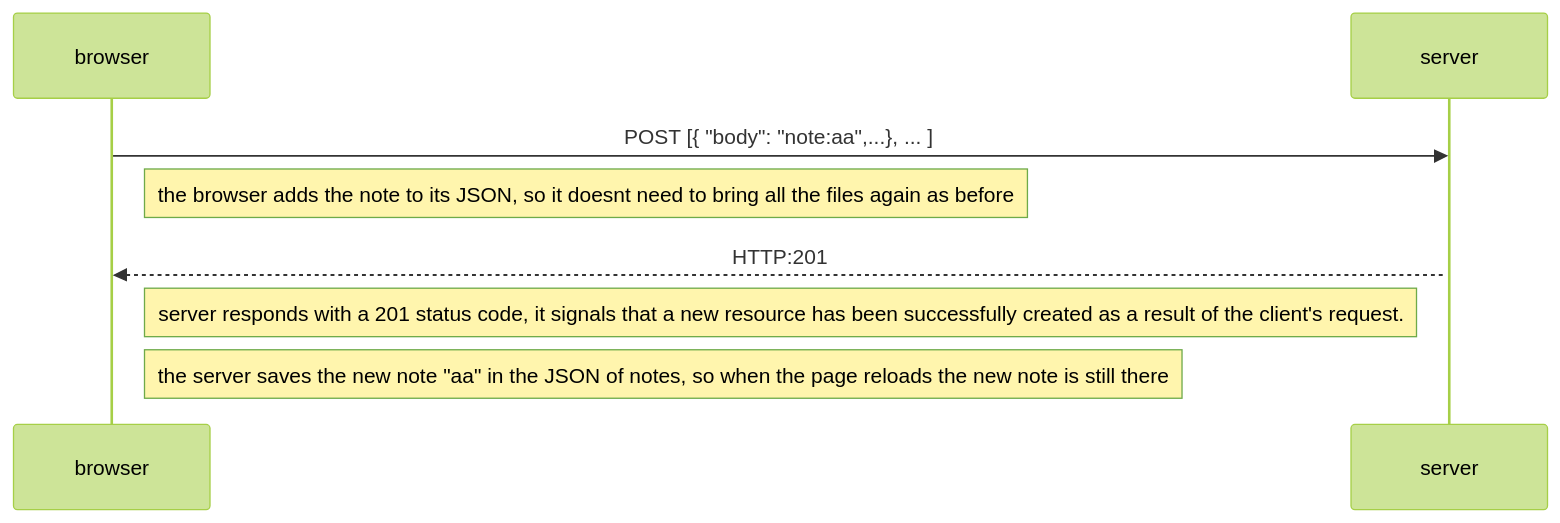
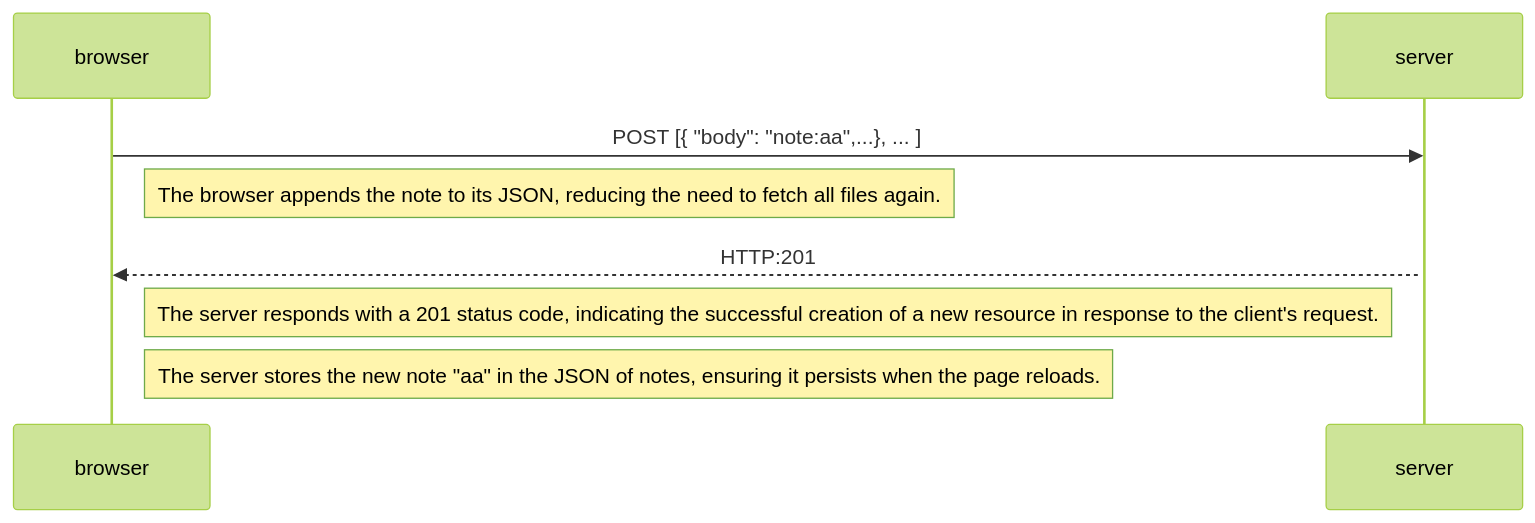
Before and after one commit to gianPerissutti/my-submissions: the diagram in part0/0.5: Single page app diagram.md, drawn with Mermaid (forest theme).

Commit message:
Update 0.5: Single page app diagram.md

````diff
--- a/part0/0.5: Single page app diagram.md
+++ b/part0/0.5: Single page app diagram.md
@@ -1,12 +1,13 @@
 ```mermaid
 sequenceDiagram
     participant browser
     participant server
 
     browser->>server: POST [{ "body": "note:aa",...}, ... ]
- Note right of browser: the browser adds the note to its JSON, so it doesnt need to bring all the files again as before
+    Note right of browser: The browser appends the note to its JSON, reducing the need to fetch all files again.
     activate server
     server-->>browser: HTTP:201
- Note right of browser: server responds with a 201 status code, it signals that a new resource has been successfully created as a result of the client's request.
- Note right of browser: the server saves the new note "aa" in the JSON of notes, so when the page reloads the new note is still there
+    Note right of browser: The server responds with a 201 status code, indicating the successful creation of a new resource in response to the client's request.
+    Note right of browser: The server stores the new note "aa" in the JSON of notes, ensuring it persists when the page reloads.
+
 ```
````
